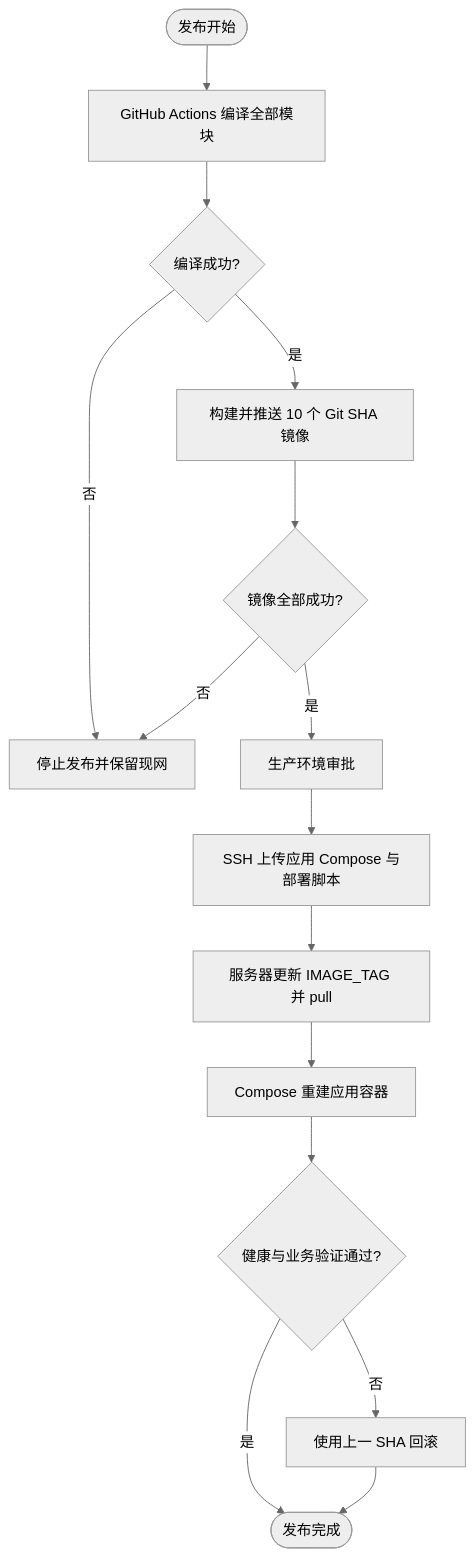
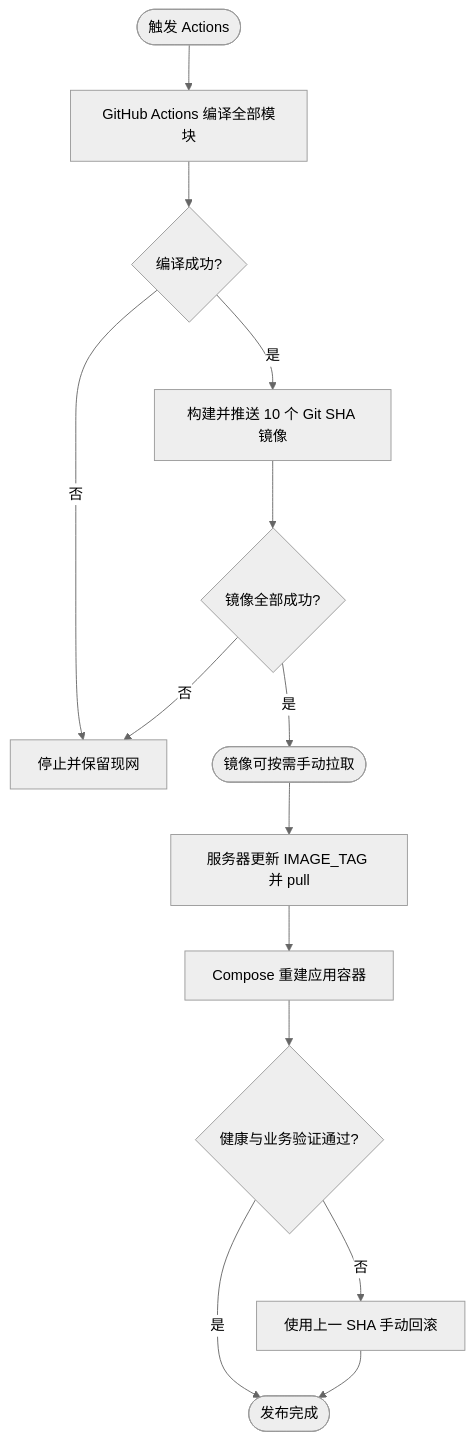
One commit to anInterestingName/SpringBlade changed the diagram in doc/requirements/REQ-2026-006-compose-deployment.md. Above: the diagram before and after it, drawn with Mermaid (neutral theme). The commit also changed other lines of this file and 5 other files, not shown here.

````diff
--- a/doc/requirements/REQ-2026-006-compose-deployment.md
+++ b/doc/requirements/REQ-2026-006-compose-deployment.md
@@ -67,17 +67,16 @@
 ```mermaid
 flowchart TD
-    A([发布开始]) --> B[GitHub Actions 编译全部模块]
+    A([触发 Actions]) --> B[GitHub Actions 编译全部模块]
     B --> C{编译成功?}
-    C -- 否 --> D[停止发布并保留现网]
+    C -- 否 --> D[停止并保留现网]
     C -- 是 --> E[构建并推送 10 个 Git SHA 镜像]
     E --> F{镜像全部成功?}
     F -- 否 --> D
-    F -- 是 --> G[生产环境审批]
-    G --> H[SSH 上传应用 Compose 与部署脚本]
-    H --> I[服务器更新 IMAGE_TAG 并 pull]
-    I --> J[Compose 重建应用容器]
-    J --> K{健康与业务验证通过?}
-    K -- 否 --> L[使用上一 SHA 回滚]
-    K -- 是 --> M([发布完成])
-    L --> M
+    F -- 是 --> G([镜像可按需手动拉取])
+    G --> H[服务器更新 IMAGE_TAG 并 pull]
+    H --> I[Compose 重建应用容器]
+    I --> J{健康与业务验证通过?}
+    J -- 否 --> K[使用上一 SHA 手动回滚]
+    J -- 是 --> L([发布完成])
+    K --> L
 ```
````
